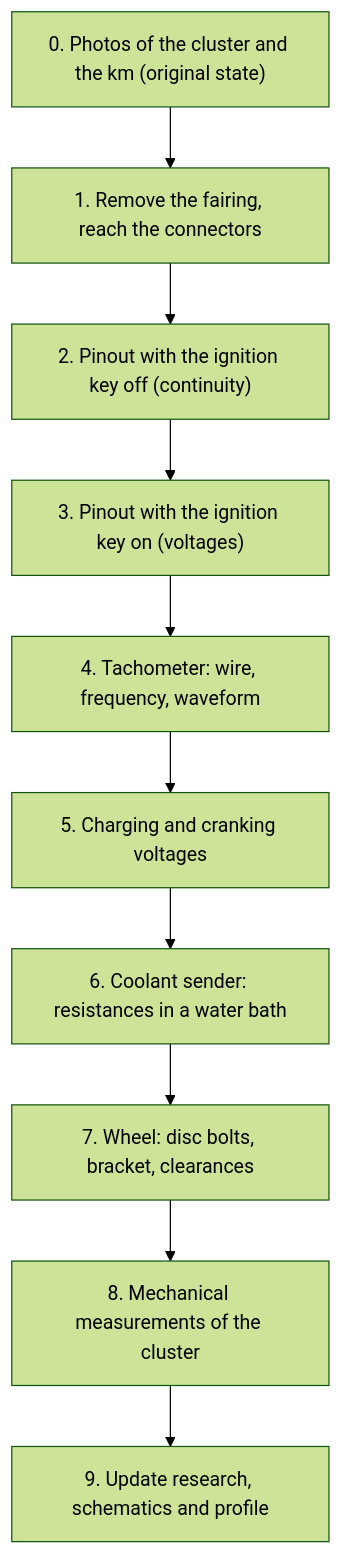
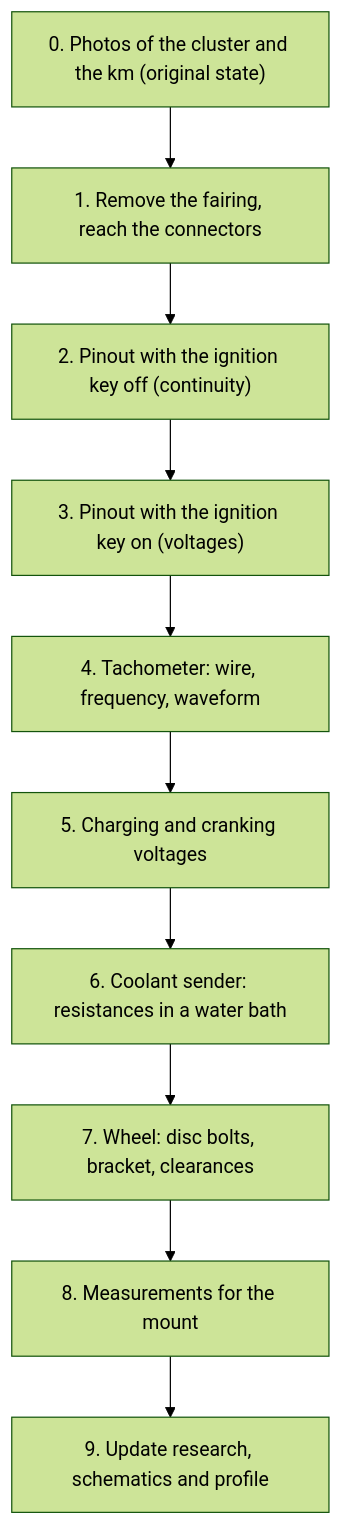
Before and after one commit to frascella-dev/tdm-dash: the first of 2 diagrams in docs/research/bike-measurements.md, drawn with Mermaid (forest theme). The commit also changed other lines of this file and 25 other files, not shown here.

````diff
--- a/docs/research/bike-measurements.md
+++ b/docs/research/bike-measurements.md
@@ -11,12 +11,12 @@
 ```mermaid
 flowchart TD
   A["0. Photos of the cluster and the km (original state)"] --> B["1. Remove the fairing, reach the connectors"]
   B --> C["2. Pinout with the ignition key off (continuity)"]
   C --> D["3. Pinout with the ignition key on (voltages)"]
   D --> E["4. Tachometer: wire, frequency, waveform"]
   E --> F["5. Charging and cranking voltages"]
   F --> G["6. Coolant sender: resistances in a water bath"]
   G --> H["7. Wheel: disc bolts, bracket, clearances"]
-  H --> I["8. Mechanical measurements of the cluster"]
+  H --> I["8. Measurements for the mount"]
   I --> J["9. Update research, schematics and profile"]
 ```
````
